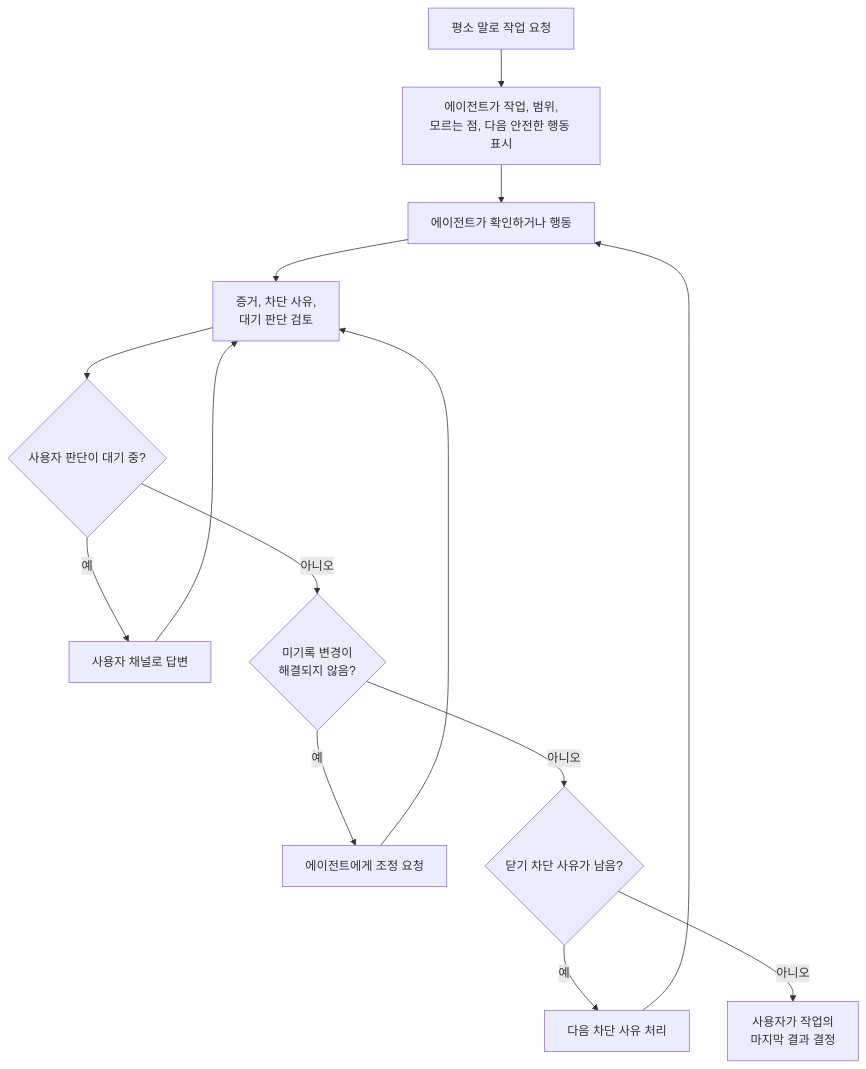
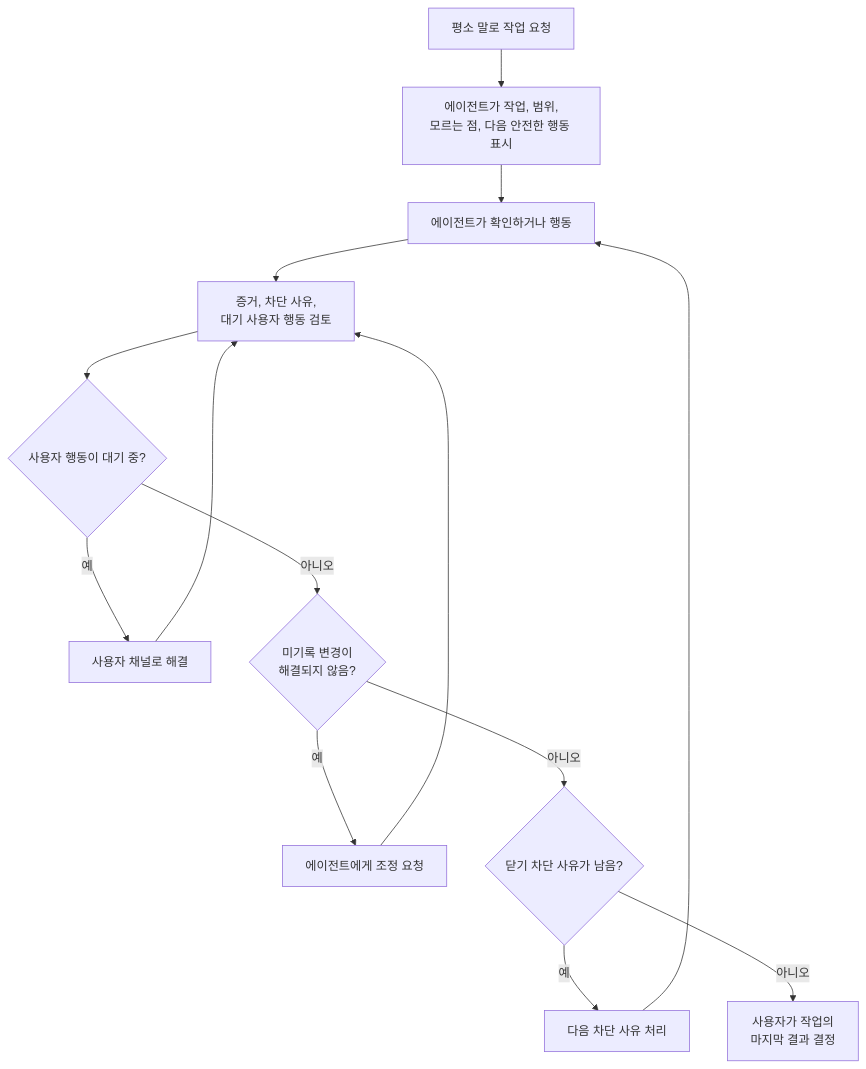
The diagram in docs/ko/user-guide/user-workflow.md (minjungw00/Volicord), drawn with Mermaid before and after one commit. The commit also changed other lines of this file and 233 other files, not shown here.

````diff
--- a/docs/ko/user-guide/user-workflow.md
+++ b/docs/ko/user-guide/user-workflow.md
@@ -9,22 +9,22 @@
 ```mermaid
 flowchart TD
   ask["평소 말로 작업 요청"]
   boundary["에이전트가 작업, 범위,<br/>모르는 점, 다음 안전한 행동 표시"]
   action["에이전트가 확인하거나 행동"]
-  status["증거, 차단 사유,<br/>대기 판단 검토"]
-  judgment{"사용자 판단이 대기 중?"}
-  answer["사용자 채널로 답변"]
+  status["증거, 차단 사유,<br/>대기 사용자 행동 검토"]
+  judgment{"사용자 행동이 대기 중?"}
+  answer["사용자 채널로 해결"]
   changes{"미기록 변경이<br/>해결되지 않음?"}
   reconcile["에이전트에게 조정 요청"]
   close{"닫기 차단 사유가 남음?"}
   continue["다음 차단 사유 처리"]
   finish["사용자가 작업의<br/>마지막 결과 결정"]
 
   ask --> boundary --> action --> status --> judgment
   judgment -- 예 --> answer --> status
   judgment -- 아니오 --> changes
   changes -- 예 --> reconcile --> status
   changes -- 아니오 --> close
   close -- 예 --> continue --> action
   close -- 아니오 --> finish
 ```
````
